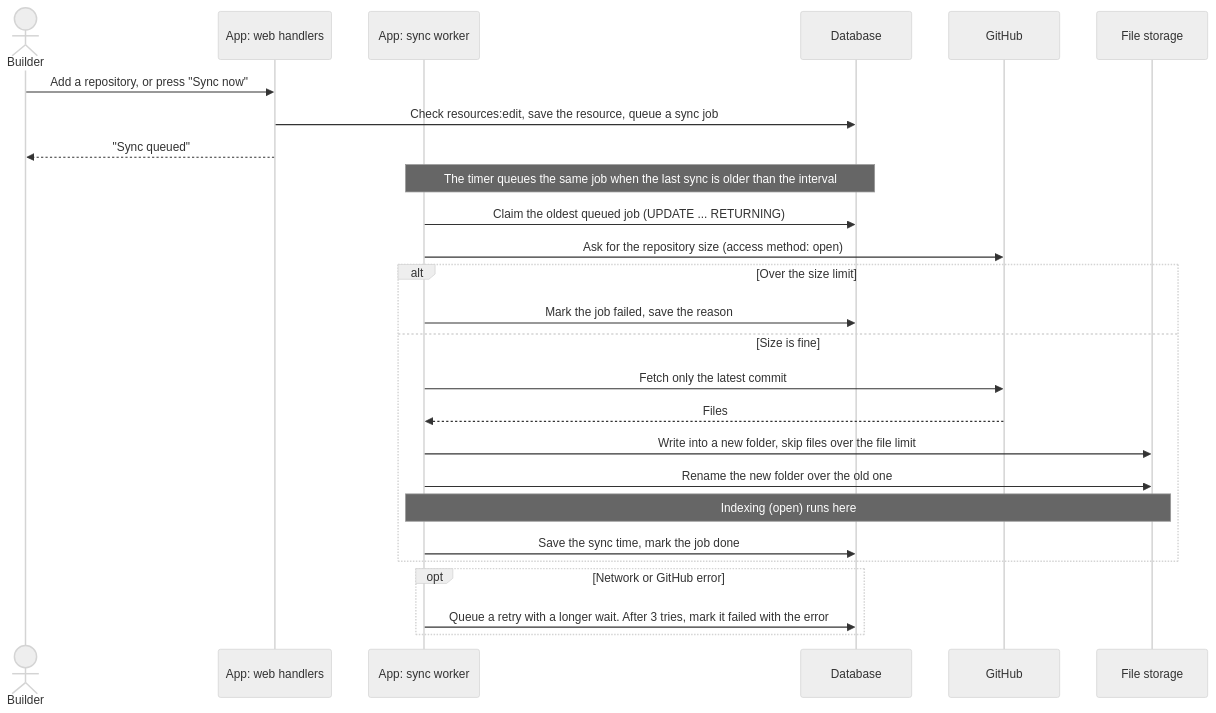
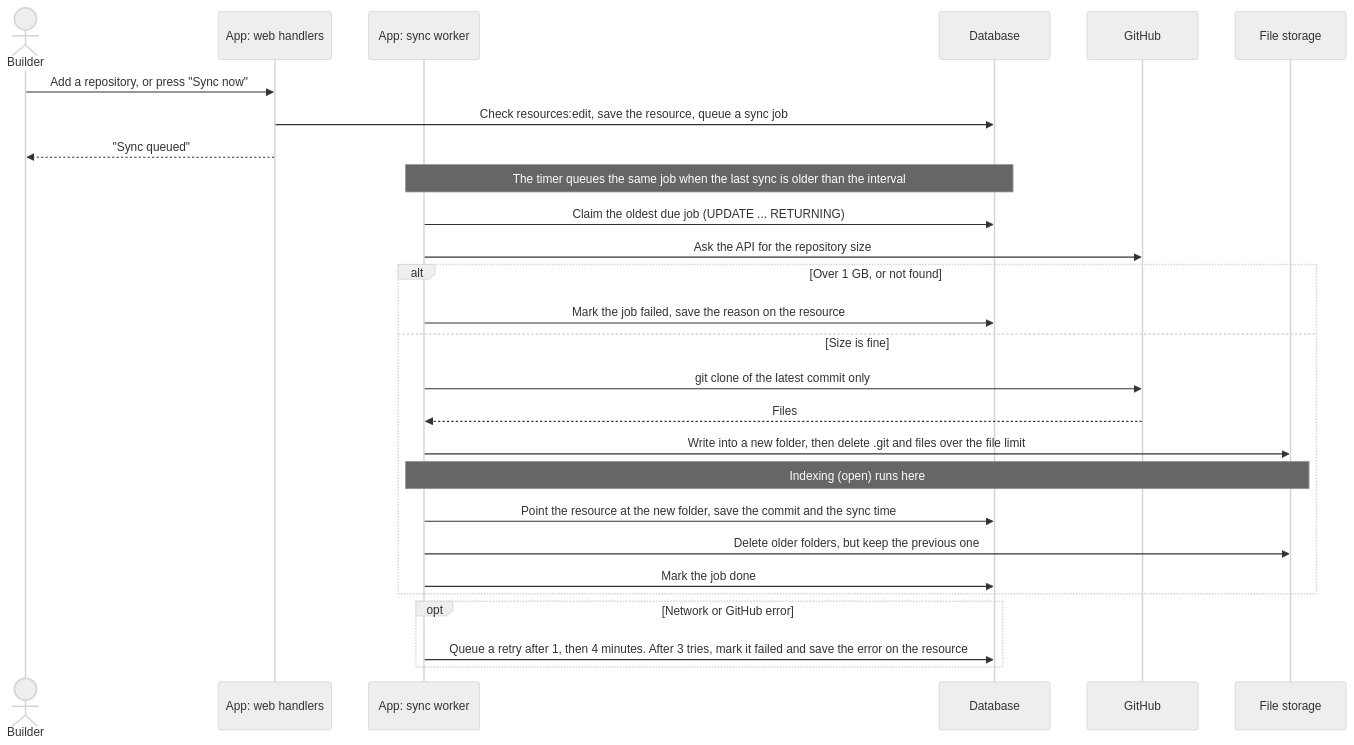
Before and after one commit to urtuba/repo-speaks: the fourth of 7 diagrams in ARCHITECTURE.md, drawn with Mermaid (neutral theme). The commit also changed other lines of this file and 2 other files, not shown here.

First line of the commit message:
docs: describe repositories, tokens, jobs and the sync

````diff
--- a/ARCHITECTURE.md
+++ b/ARCHITECTURE.md
@@ -93,29 +93,30 @@
 ```mermaid
 sequenceDiagram
     actor Builder
     participant Web as App: web handlers
     participant Worker as App: sync worker
     participant DB as Database
     participant GH as GitHub
     participant Files as File storage
 
     Builder->>Web: Add a repository, or press "Sync now"
     Web->>DB: Check resources:edit, save the resource, queue a sync job
     Web-->>Builder: "Sync queued"
     Note over Worker,DB: The timer queues the same job when the last sync is older than the interval
-    Worker->>DB: Claim the oldest queued job (UPDATE ... RETURNING)
-    Worker->>GH: Ask for the repository size (access method: open)
-    alt Over the size limit
-        Worker->>DB: Mark the job failed, save the reason
+    Worker->>DB: Claim the oldest due job (UPDATE ... RETURNING)
+    Worker->>GH: Ask the API for the repository size
+    alt Over 1 GB, or not found
+        Worker->>DB: Mark the job failed, save the reason on the resource
     else Size is fine
-        Worker->>GH: Fetch only the latest commit
+        Worker->>GH: git clone of the latest commit only
         GH-->>Worker: Files
-        Worker->>Files: Write into a new folder, skip files over the file limit
-        Worker->>Files: Rename the new folder over the old one
+        Worker->>Files: Write into a new folder, then delete .git and files over the file limit
         Note over Worker,Files: Indexing (open) runs here
-        Worker->>DB: Save the sync time, mark the job done
+        Worker->>DB: Point the resource at the new folder, save the commit and the sync time
+        Worker->>Files: Delete older folders, but keep the previous one
+        Worker->>DB: Mark the job done
     end
     opt Network or GitHub error
-        Worker->>DB: Queue a retry with a longer wait. After 3 tries, mark it failed with the error
+        Worker->>DB: Queue a retry after 1, then 4 minutes. After 3 tries, mark it failed and save the error on the resource
     end
 ```
````
